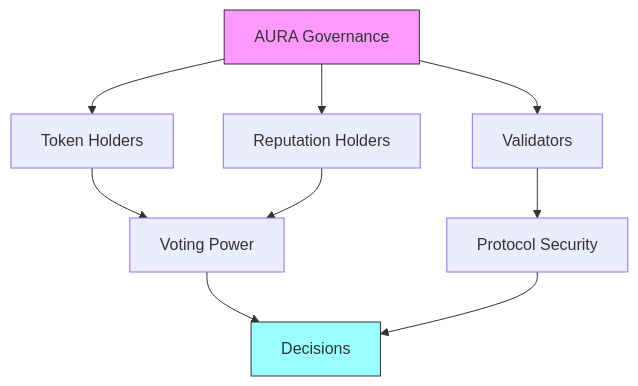
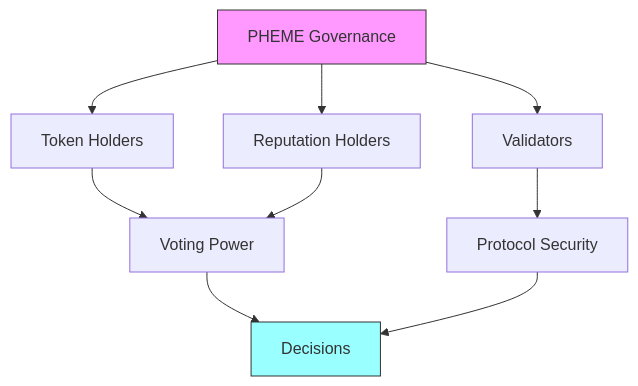
Before and after one commit to Pheme-Protocol/Pheme-Protocol: the first of 4 diagrams in docs/governance/01-governance-model.md, drawn with Mermaid. The commit also changed other lines of this file, not shown here.

````diff
--- a/docs/governance/01-governance-model.md
+++ b/docs/governance/01-governance-model.md
@@ -11,16 +11,16 @@
 ```mermaid
 graph TB
-    A[AURA Governance] --> B[Token Holders]
+    A[PHEME Governance] --> B[Token Holders]
     A --> C[Reputation Holders]
     A --> D[Validators]
     
     B --> E[Voting Power]
     C --> E
     D --> F[Protocol Security]
     
     E --> G[Decisions]
     F --> G
     
     style A fill:#f9f,stroke:#333
     style G fill:#9ff,stroke:#333
 ```
````
